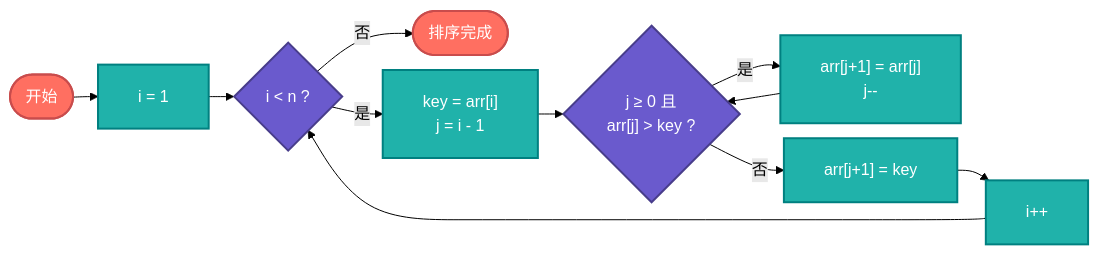
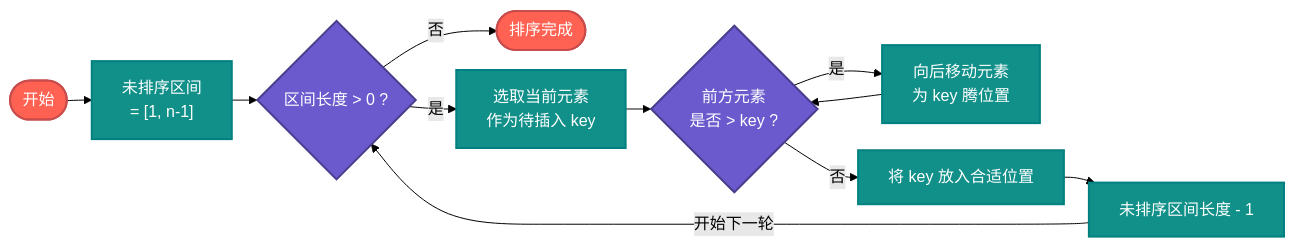
Before and after one commit to microwind/algorithms: the fifth of 15 diagrams in sorting/AI-Era-Top-10-Sorting-Algorithms.md, drawn with Mermaid (forest theme). The commit also changed other lines of this file and 2 other files, not shown here.

````diff
--- a/sorting/AI-Era-Top-10-Sorting-Algorithms.md
+++ b/sorting/AI-Era-Top-10-Sorting-Algorithms.md
@@ -266,24 +271,27 @@
 ```mermaid
-%%{init: {'flowchart': {'nodeSpacing': 15, 'rankSpacing': 25, 'padding': 20}}}%%
+%%{init: {'flowchart': {'nodeSpacing': 20, 'rankSpacing': 25, 'padding': 15}}}%%
 graph LR
-    S(["开始"]) --> INIT["i = 1"]
-    INIT --> OUTER{"i < n ?"}
+
+    S(["开始"]) --> INIT["未排序区间 <br>= [1, n-1]"]
+
+    INIT --> OUTER{"区间长度 > 0 ?"}
     OUTER -->|"否"| END(["排序完成"])
-    OUTER -->|"是"| KEY["key = arr[i]\nj = i - 1"]
-    KEY --> INNER{"j ≥ 0 且\narr[j] > key ?"}
-    INNER -->|"是"| SHIFT["arr[j+1] = arr[j]\nj--"]
+    OUTER -->|"是"| KEY["选取当前元素<br>作为待插入 key"]
+
+    KEY --> INNER{"前方元素<br>是否 > key ?"}
+    INNER -->|"是"| SHIFT["向后移动元素<br>为 key 腾位置"] 
     SHIFT --> INNER
-    INNER -->|"否"| PLACE["arr[j+1] = key"]
-    PLACE --> INC["i++"]
-    INC --> OUTER
+    INNER -->|"否"| PLACE["将 key 放入合适位置"]
 
-    %% 节点配色
-    classDef start fill:#ff6f61,color:#fff,stroke:#c94c4c,stroke-width:2px
+    PLACE --> SHRINK["未排序区间长度 - 1"]
+    SHRINK --> |"开始下一轮"| OUTER
+
+    %% 样式
+    classDef start fill:#FF6253,color:#fff,stroke:#c94c4c,stroke-width:2px
     classDef decision fill:#6a5acd,color:#fff,stroke:#483d8b,stroke-width:2px
-    classDef process fill:#20b2aa,color:#fff,stroke:#008080,stroke-width:2px
+    classDef process fill:#11908A,color:#fff,stroke:#008080,stroke-width:2px
 
-    %% 应用样式
     class S,END start
     class OUTER,INNER decision
-    class INIT,KEY,SHIFT,PLACE,INC process
+    class INIT,KEY,SHIFT,PLACE,SHRINK process
 ```
````
